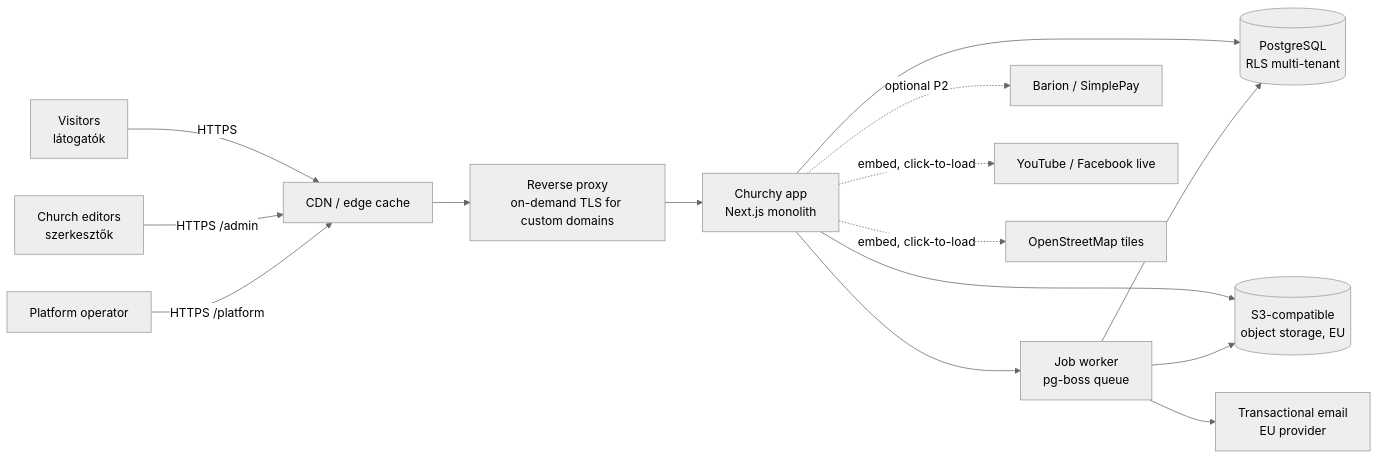
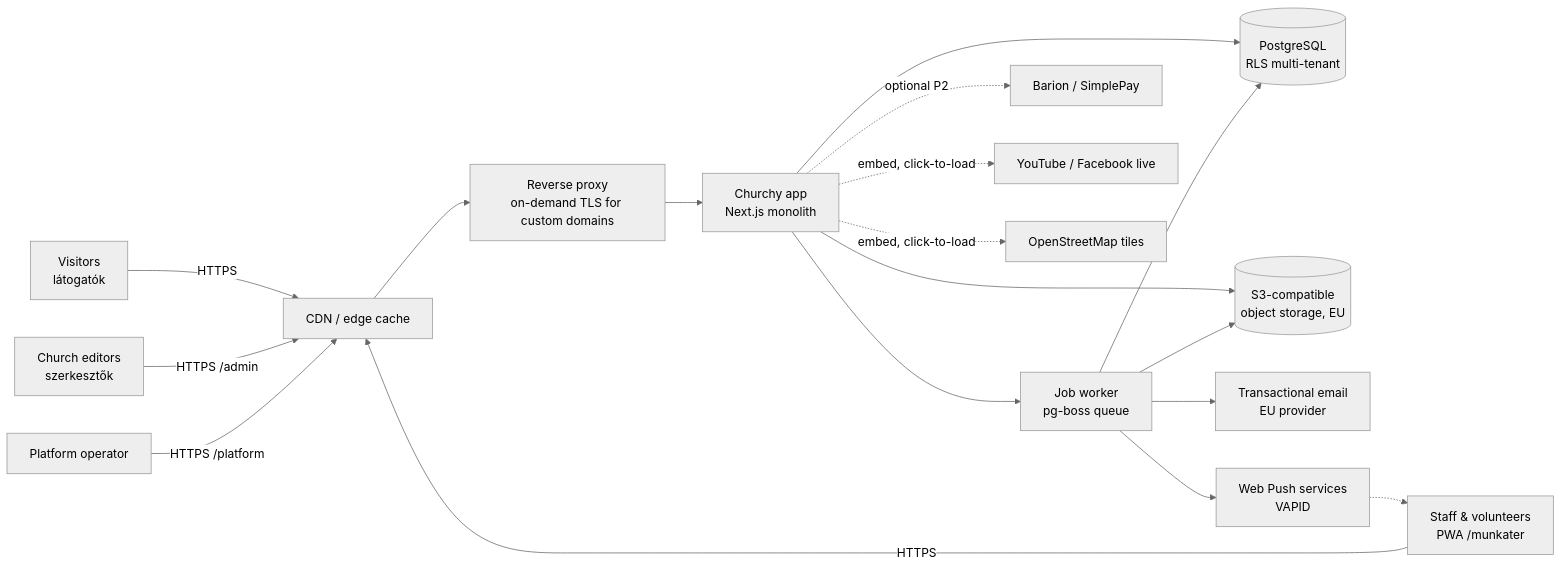
One commit to obviousmarcello/churchy changed the first of 7 diagrams in docs/02-SDD.md. Above: the diagram before and after it, drawn with Mermaid (neutral theme). The commit also changed other lines of this file and 3 other files, not shown here.

````diff
--- a/docs/02-SDD.md
+++ b/docs/02-SDD.md
@@ -27,17 +32,20 @@
 ```mermaid
 flowchart LR
     V[Visitors<br/>látogatók] -->|HTTPS| CDN[CDN / edge cache]
     E[Church editors<br/>szerkesztők] -->|HTTPS /admin| CDN
+    W[Staff & volunteers<br/>PWA /munkater] -->|HTTPS| CDN
     O[Platform operator] -->|HTTPS /platform| CDN
     CDN --> RP[Reverse proxy<br/>on-demand TLS for custom domains]
     RP --> APP[Churchy app<br/>Next.js monolith]
     APP --> DB[(PostgreSQL<br/>RLS multi-tenant)]
     APP --> S3[(S3-compatible<br/>object storage, EU)]
     APP --> Q[Job worker<br/>pg-boss queue]
     Q --> DB
     Q --> MAIL[Transactional email<br/>EU provider]
     Q --> S3
+    Q --> PUSH[Web Push services<br/>VAPID]
+    PUSH -.-> W
     APP -.->|optional P2| PAY[Barion / SimplePay]
     APP -.->|embed, click-to-load| YT[YouTube / Facebook live]
     APP -.->|embed, click-to-load| MAP[OpenStreetMap tiles]
 ```
````
